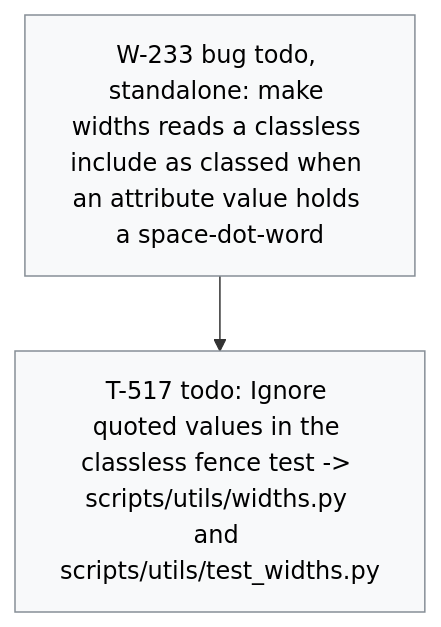
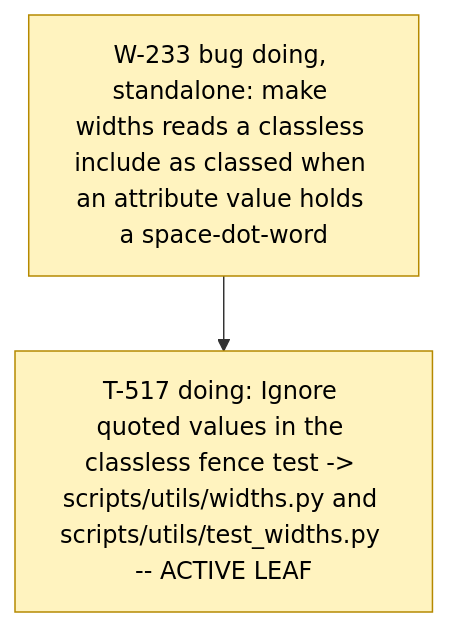
The diagram in .board/BOARD.md (dpopchev/chaos-to-simple), drawn with Mermaid before and after one commit. The commit also changed other lines of this file and 2 other files, not shown here.

Commit message:
chore(board): activate W-233, start T-517
Refs: W-233 T-517

````diff
--- a/.board/BOARD.md
+++ b/.board/BOARD.md
@@ -1384,11 +1384,11 @@
 ```mermaid
 flowchart TD
-  W233["W-233 bug todo, standalone: make widths reads a classless include as classed when an attribute value holds a space-dot-word"]
-  W233 --> T517["T-517 todo: Ignore quoted values in the classless fence test -> scripts/utils/widths.py and scripts/utils/test_widths.py"]
+  W233["W-233 bug doing, standalone: make widths reads a classless include as classed when an attribute value holds a space-dot-word"]
+  W233 --> T517["T-517 doing: Ignore quoted values in the classless fence test -> scripts/utils/widths.py and scripts/utils/test_widths.py -- ACTIVE LEAF"]
   classDef doing fill:#fff3bf,stroke:#b58900,color:#000;
   classDef blocked fill:#ffe3e3,stroke:#c92a2a,color:#000;
   classDef done fill:#e6ffed,stroke:#2b8a3e,color:#000;
   classDef todo fill:#f8f9fa,stroke:#868e96,color:#000;
   classDef pruned fill:#f1f3f5,stroke:#adb5bd,color:#000;
-  class W233,T517 todo
+  class W233,T517 doing
 ```
````
